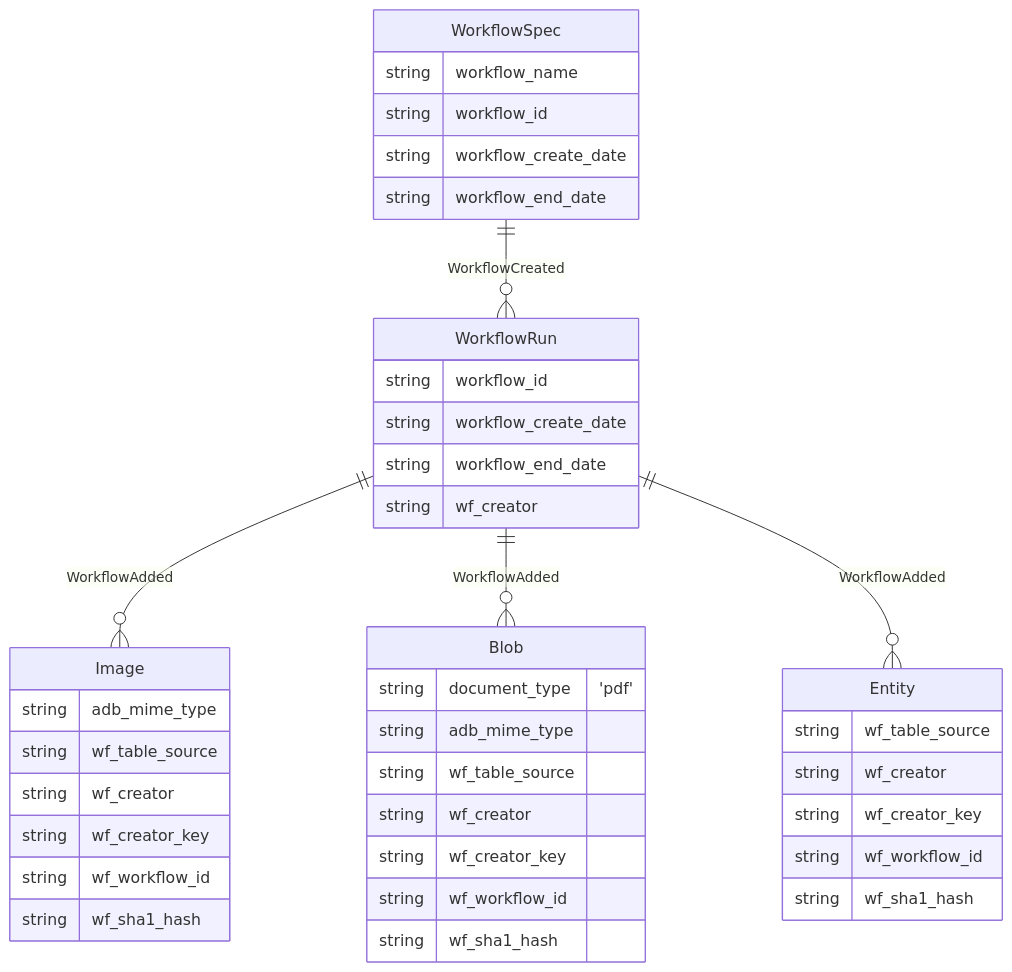
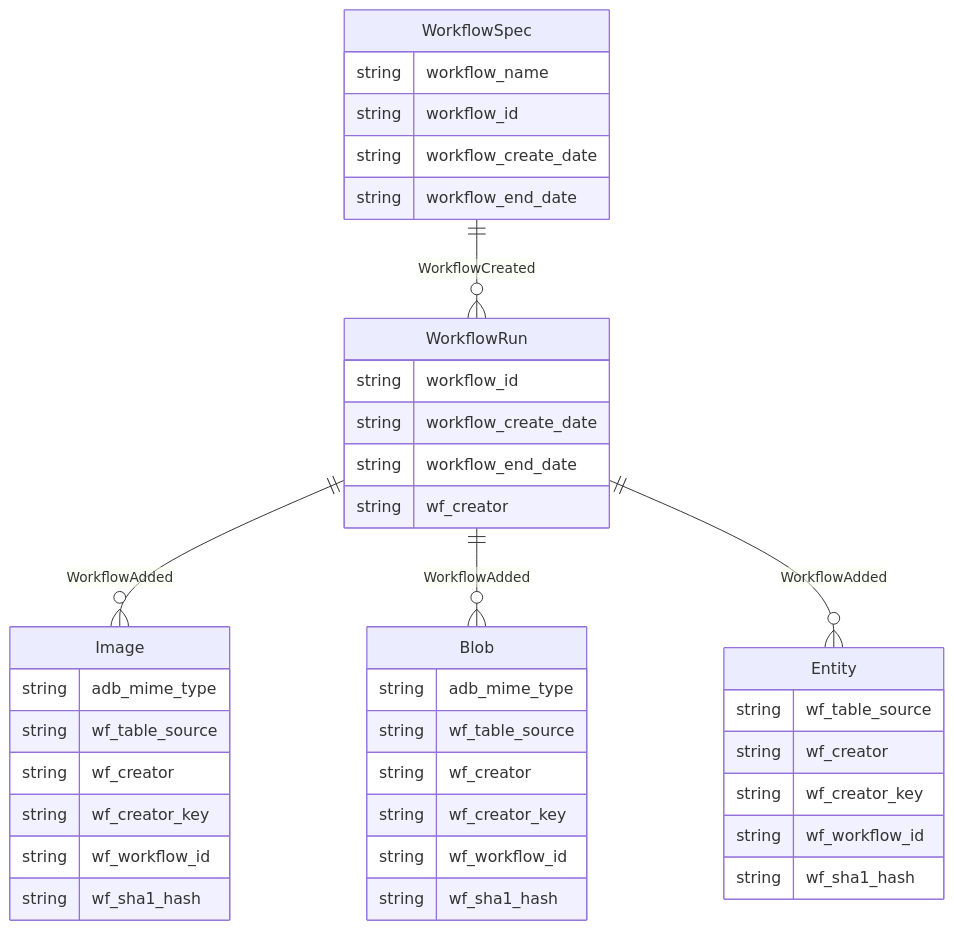
The diagram in apps/ingest-from-sql/README.md (aperture-data/workflows), drawn with Mermaid before and after one commit. The commit also changed other lines of this file and 10 other files, not shown here.

````diff
--- a/apps/ingest-from-sql/README.md
+++ b/apps/ingest-from-sql/README.md
@@ -15,44 +15,43 @@
 ```mermaid
 erDiagram
     Blob {}
     WorkflowSpec {
         string workflow_name
         string workflow_id
         string workflow_create_date
         string workflow_end_date
     }
     WorkflowRun {
         string workflow_id
         string workflow_create_date
         string workflow_end_date
         string wf_creator
     }
     Image {
         string adb_mime_type
         string wf_table_source
         string wf_creator
         string wf_creator_key
         string wf_workflow_id
         string wf_sha1_hash
     }
     Blob {
-        string document_type "'pdf'"
         string adb_mime_type
         string wf_table_source
         string wf_creator
         string wf_creator_key
         string wf_workflow_id
         string wf_sha1_hash
     }
     Entity {
         string wf_table_source
         string wf_creator
         string wf_creator_key
         string wf_workflow_id
         string wf_sha1_hash
     }
     WorkflowSpec ||--o{ WorkflowRun : WorkflowCreated
     WorkflowRun ||--o{ Image : WorkflowAdded
     WorkflowRun ||--o{ Blob : WorkflowAdded
     WorkflowRun ||--o{ Entity : WorkflowAdded
 ```
````
